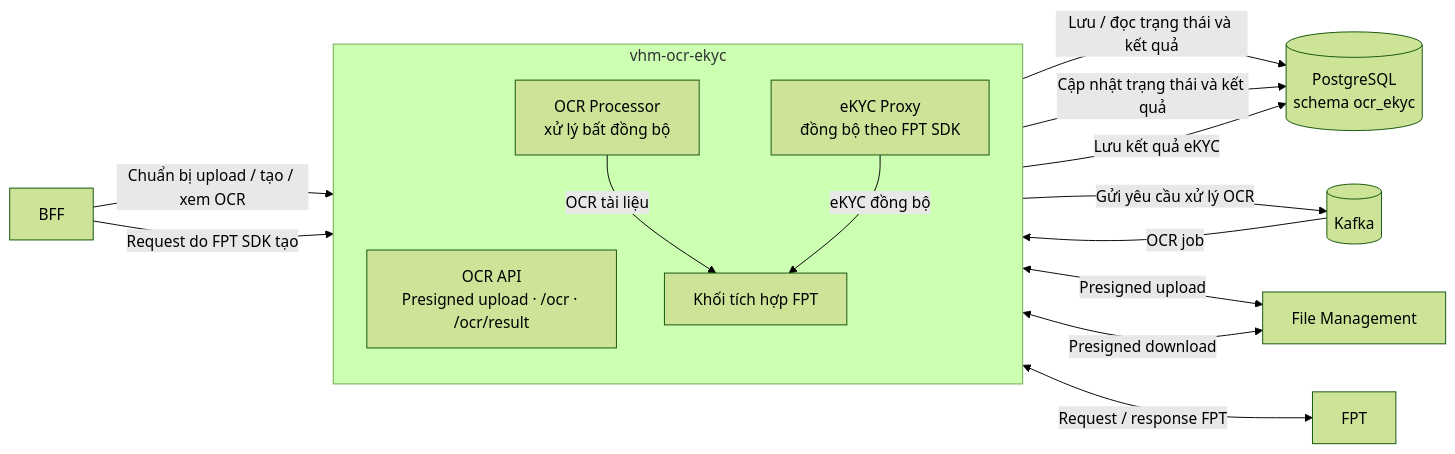
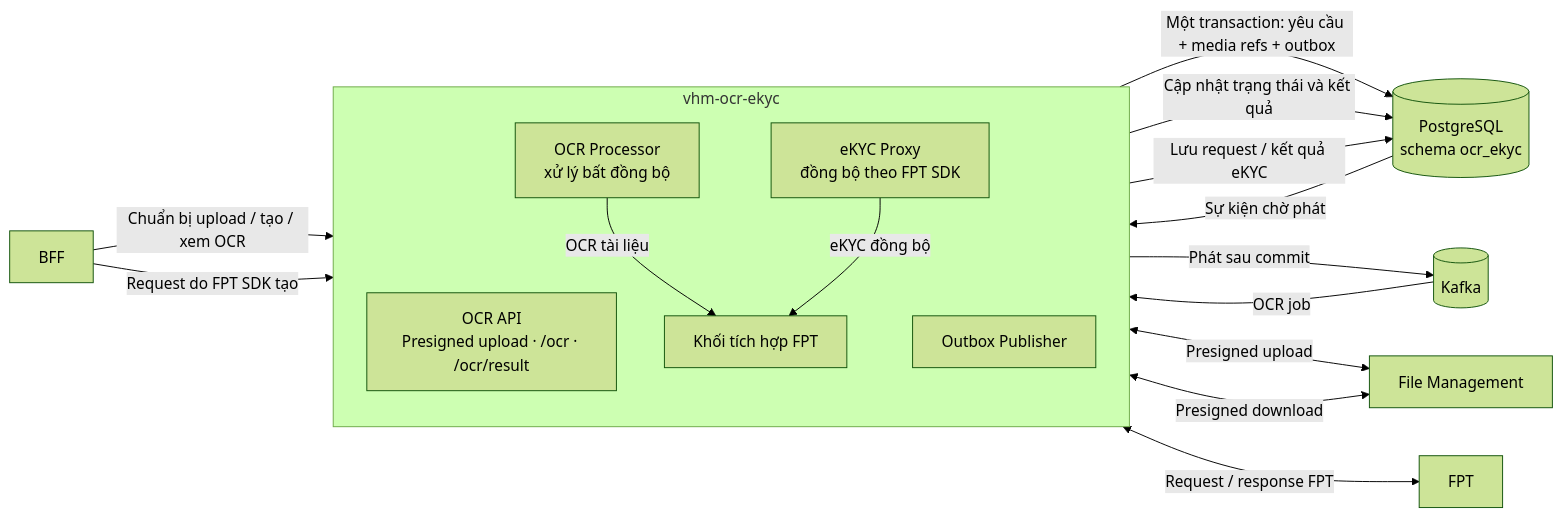
One commit to huynv-xyz/vhm changed the second of 11 diagrams in tdd-ocr-ekyc.md. Above: the diagram before and after it, drawn with Mermaid (forest theme). The commit also changed other lines of this file, not shown here.

````diff
--- a/tdd-ocr-ekyc.md
+++ b/tdd-ocr-ekyc.md
@@ -272,31 +247,33 @@
 ```mermaid
 flowchart LR
     BFF[BFF]
 
     subgraph APP[vhm-ocr-ekyc]
         direction TB
         OCR_API[OCR API<br/>Presigned upload · /ocr · /ocr/result]
         EKYC_PROXY[eKYC Proxy<br/>đồng bộ theo FPT SDK]
+        OUTBOX[Outbox Publisher]
         PROCESSOR[OCR Processor<br/>xử lý bất đồng bộ]
         FPT_INTEGRATION[Khối tích hợp FPT]
     end
 
     DB[(PostgreSQL<br/>schema ocr_ekyc)]
     KAFKA[(Kafka)]
     FILE[File Management]
     FPT[FPT]
 
     BFF -->|Chuẩn bị upload / tạo / xem OCR| OCR_API
-    OCR_API -->|Lưu / đọc trạng thái và kết quả| DB
-    OCR_API -->|Gửi yêu cầu xử lý OCR| KAFKA
+    OCR_API -->|Một transaction: yêu cầu + media refs + outbox| DB
+    DB -->|Sự kiện chờ phát| OUTBOX
+    OUTBOX -->|Phát sau commit| KAFKA
     KAFKA -->|OCR job| PROCESSOR
     OCR_API <-->|Presigned upload| FILE
     PROCESSOR <-->|Presigned download| FILE
     PROCESSOR -->|Cập nhật trạng thái và kết quả| DB
     PROCESSOR -->|OCR tài liệu| FPT_INTEGRATION
 
     BFF -->|Request do FPT SDK tạo| EKYC_PROXY
     EKYC_PROXY -->|eKYC đồng bộ| FPT_INTEGRATION
     FPT_INTEGRATION <-->|Request / response FPT| FPT
-    EKYC_PROXY -->|Lưu kết quả eKYC| DB
+    EKYC_PROXY -->|Lưu request / kết quả eKYC| DB
 ```
````
